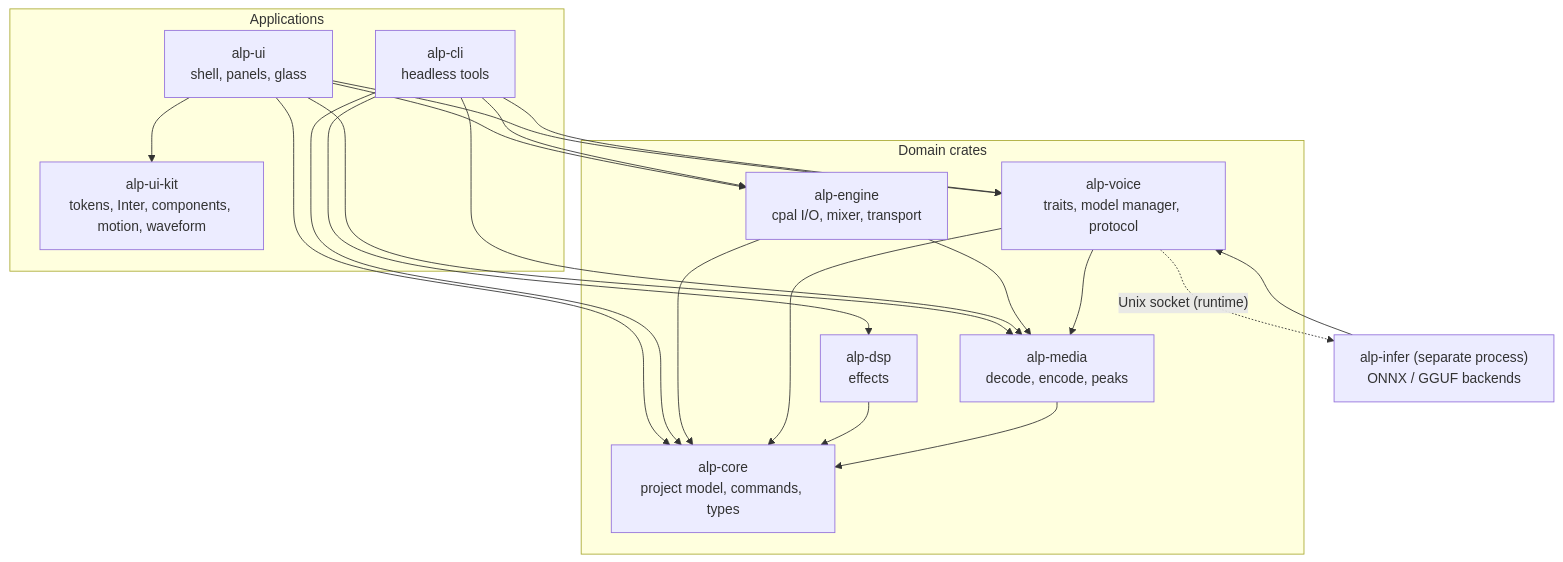
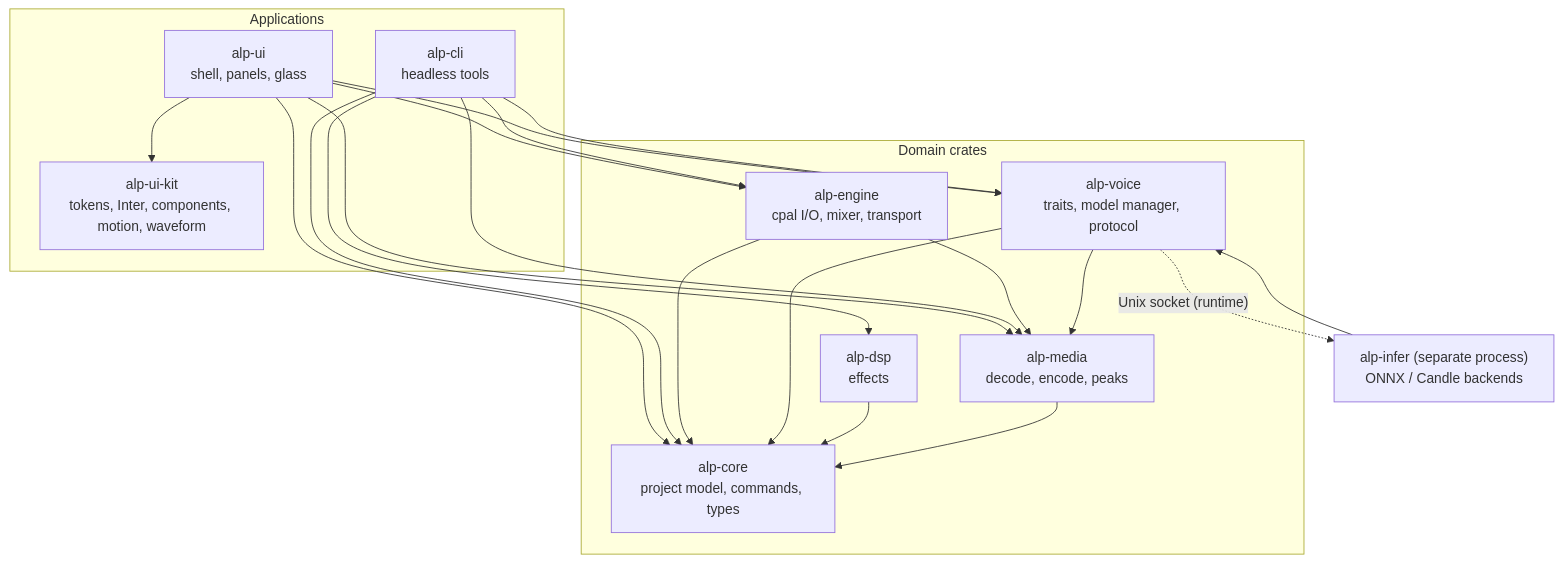
Before and after one commit to zvirox/audio-labs-pro: the diagram in docs/architecture/ARCHITECTURE.md, drawn with Mermaid. The commit also changed other lines of this file and 61 other files, not shown here.

````diff
--- a/docs/architecture/ARCHITECTURE.md
+++ b/docs/architecture/ARCHITECTURE.md
@@ -26,35 +26,35 @@
 ```mermaid
 flowchart TD
   subgraph APP["Applications"]
     UI["alp-ui<br/>shell, panels, glass"]
     CLI["alp-cli<br/>headless tools"]
     KIT["alp-ui-kit<br/>tokens, Inter, components, motion, waveform"]
   end
   subgraph DOMAIN["Domain crates"]
     ENG["alp-engine<br/>cpal I/O, mixer, transport"]
     VOICE["alp-voice<br/>traits, model manager, protocol"]
     DSP["alp-dsp<br/>effects"]
     MEDIA["alp-media<br/>decode, encode, peaks"]
     CORE["alp-core<br/>project model, commands, types"]
   end
-  INFER["alp-infer (separate process)<br/>ONNX / GGUF backends"]
+  INFER["alp-infer (separate process)<br/>ONNX / Candle backends"]
 
   UI --> KIT
   UI --> ENG
   UI --> VOICE
   UI --> MEDIA
   UI --> CORE
   CLI --> ENG
   CLI --> VOICE
   CLI --> DSP
   CLI --> MEDIA
   CLI --> CORE
   ENG --> MEDIA
   ENG --> CORE
   VOICE --> MEDIA
   VOICE --> CORE
   DSP --> CORE
   MEDIA --> CORE
   INFER --> VOICE
   VOICE -. "Unix socket (runtime)" .-> INFER
 ```
````
